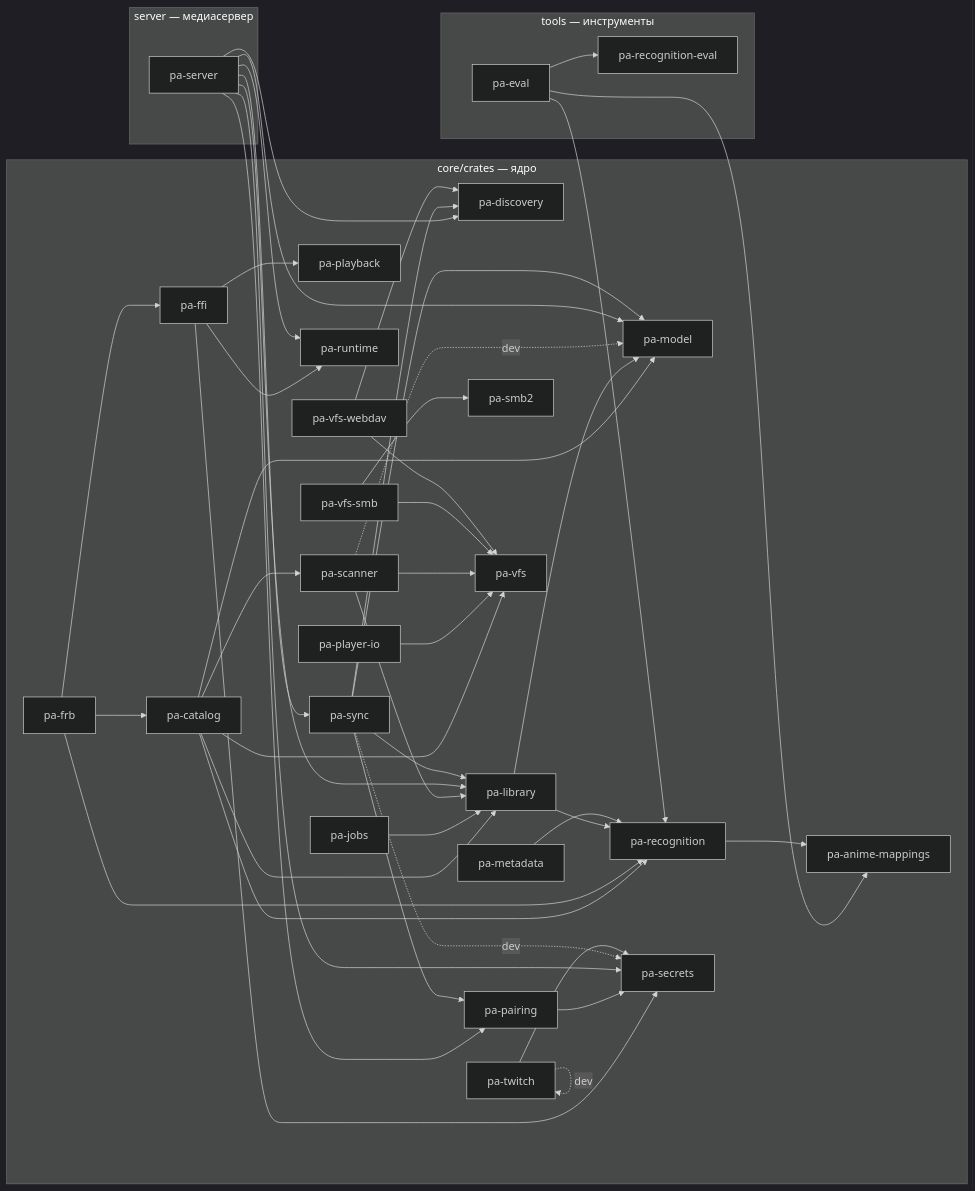
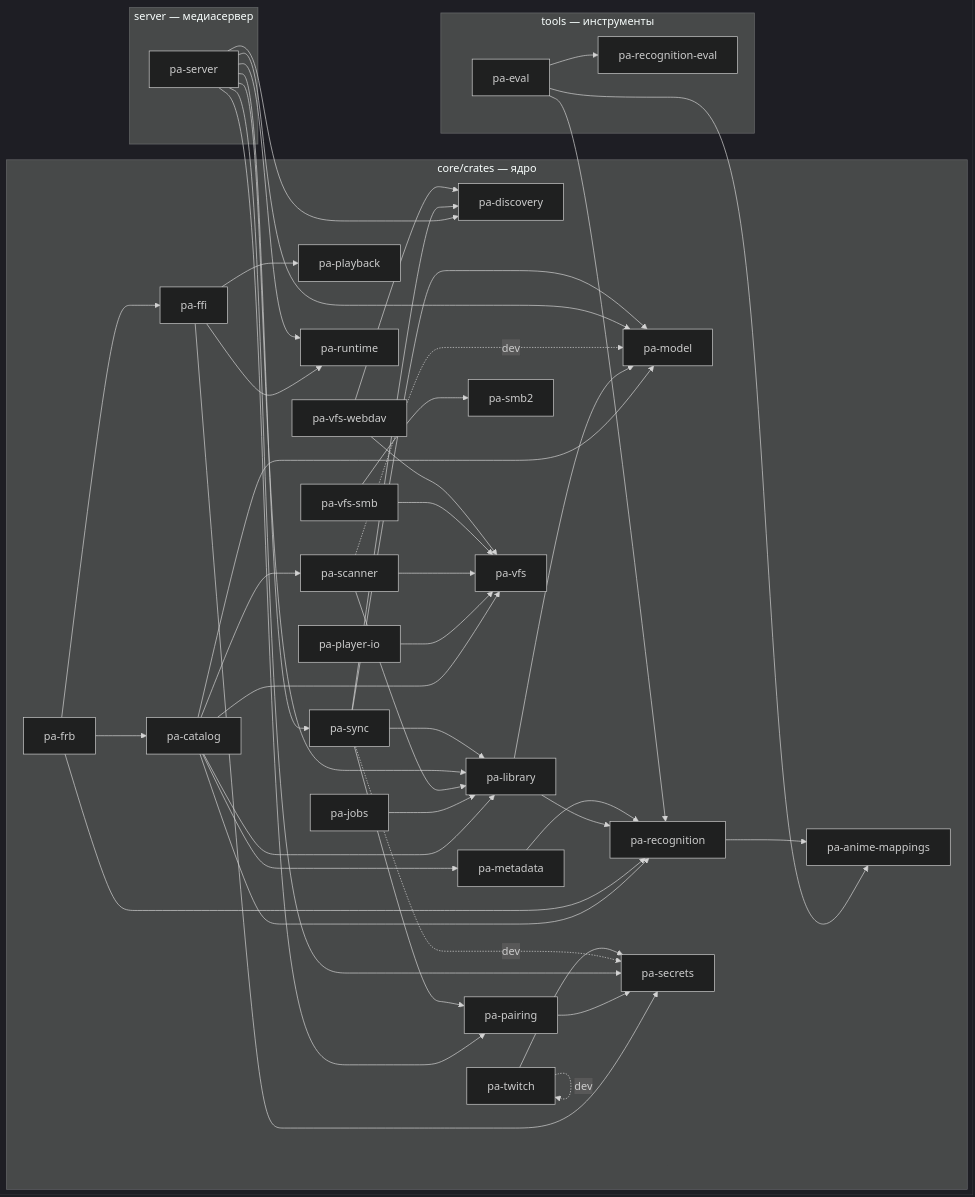
One commit to DenisHumen/project_alpha changed the diagram in docs/dev/crate-graph.md. Above: the diagram before and after it, drawn with Mermaid (dark theme). The commit also changed other lines of this file, not shown here.

Commit message:
chore: refresh Cargo.lock and crate graph

````diff
--- a/docs/dev/crate-graph.md
+++ b/docs/dev/crate-graph.md
@@ -12,76 +12,77 @@
 ```mermaid
 flowchart LR
   subgraph g0["core/crates — ядро"]
     pa_anime_mappings["pa-anime-mappings"]
     pa_catalog["pa-catalog"]
     pa_discovery["pa-discovery"]
     pa_ffi["pa-ffi"]
     pa_frb["pa-frb"]
     pa_jobs["pa-jobs"]
     pa_library["pa-library"]
     pa_metadata["pa-metadata"]
     pa_model["pa-model"]
     pa_pairing["pa-pairing"]
     pa_playback["pa-playback"]
     pa_player_io["pa-player-io"]
     pa_recognition["pa-recognition"]
     pa_runtime["pa-runtime"]
     pa_scanner["pa-scanner"]
     pa_secrets["pa-secrets"]
     pa_smb2["pa-smb2"]
     pa_sync["pa-sync"]
     pa_twitch["pa-twitch"]
     pa_vfs["pa-vfs"]
     pa_vfs_smb["pa-vfs-smb"]
     pa_vfs_webdav["pa-vfs-webdav"]
   end
   subgraph g1["server — медиасервер"]
     pa_server["pa-server"]
   end
   subgraph g2["tools — инструменты"]
     pa_eval["pa-eval"]
     pa_recognition_eval["pa-recognition-eval"]
   end
   pa_catalog --> pa_library
+  pa_catalog --> pa_metadata
   pa_catalog --> pa_model
   pa_catalog --> pa_recognition
   pa_catalog --> pa_scanner
   pa_catalog --> pa_vfs
   pa_eval --> pa_anime_mappings
   pa_eval --> pa_recognition
   pa_eval --> pa_recognition_eval
   pa_ffi --> pa_playback
   pa_ffi --> pa_runtime
   pa_ffi --> pa_secrets
   pa_frb --> pa_catalog
   pa_frb --> pa_ffi
   pa_frb --> pa_recognition
   pa_jobs --> pa_library
   pa_library --> pa_model
   pa_library --> pa_recognition
   pa_metadata --> pa_recognition
   pa_pairing --> pa_secrets
   pa_player_io --> pa_vfs
   pa_recognition --> pa_anime_mappings
   pa_scanner --> pa_library
   pa_scanner -. dev .-> pa_model
   pa_scanner --> pa_vfs
   pa_server --> pa_discovery
   pa_server --> pa_library
   pa_server --> pa_model
   pa_server --> pa_pairing
   pa_server --> pa_runtime
   pa_server --> pa_secrets
   pa_server --> pa_sync
   pa_sync --> pa_discovery
   pa_sync --> pa_library
   pa_sync --> pa_model
   pa_sync --> pa_pairing
   pa_sync -. dev .-> pa_secrets
   pa_twitch --> pa_secrets
   pa_twitch -. dev .-> pa_twitch
   pa_vfs_smb --> pa_smb2
   pa_vfs_smb --> pa_vfs
   pa_vfs_webdav --> pa_discovery
   pa_vfs_webdav --> pa_vfs
 ```
````
